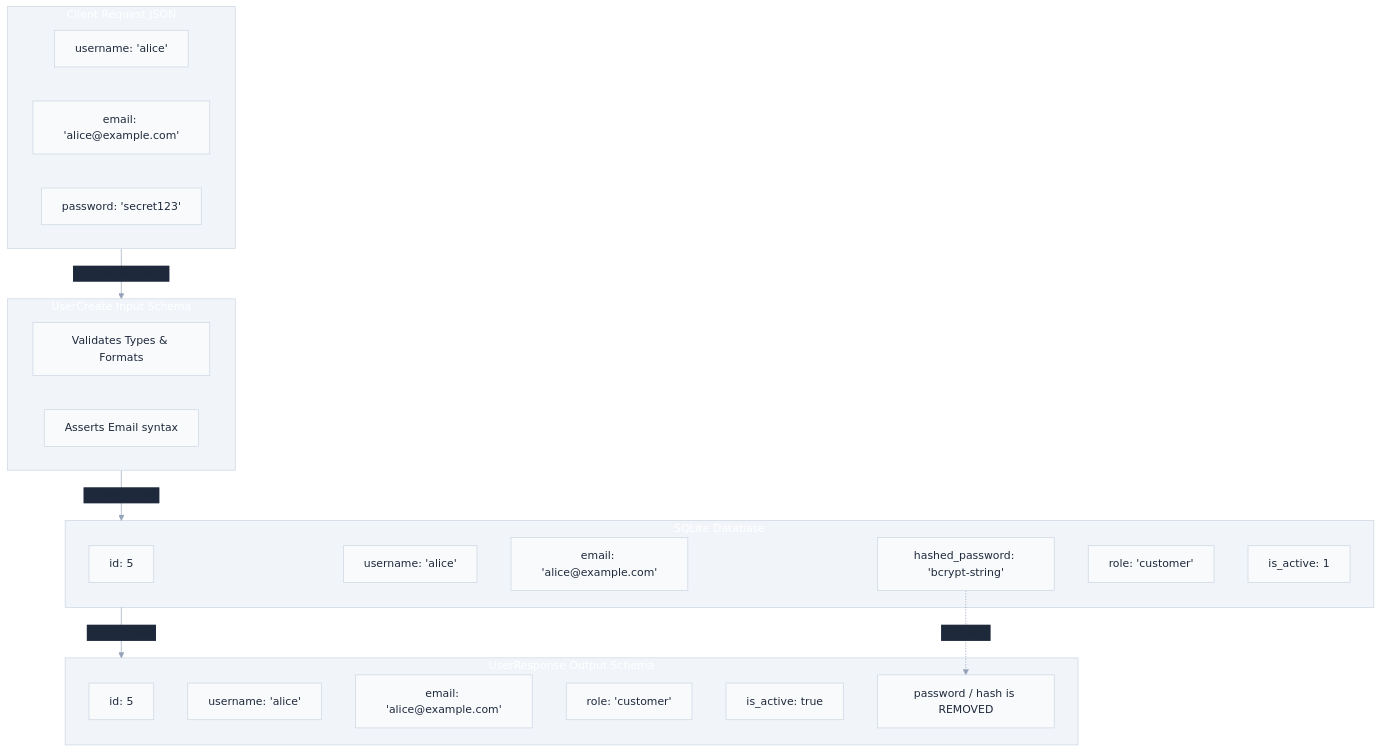
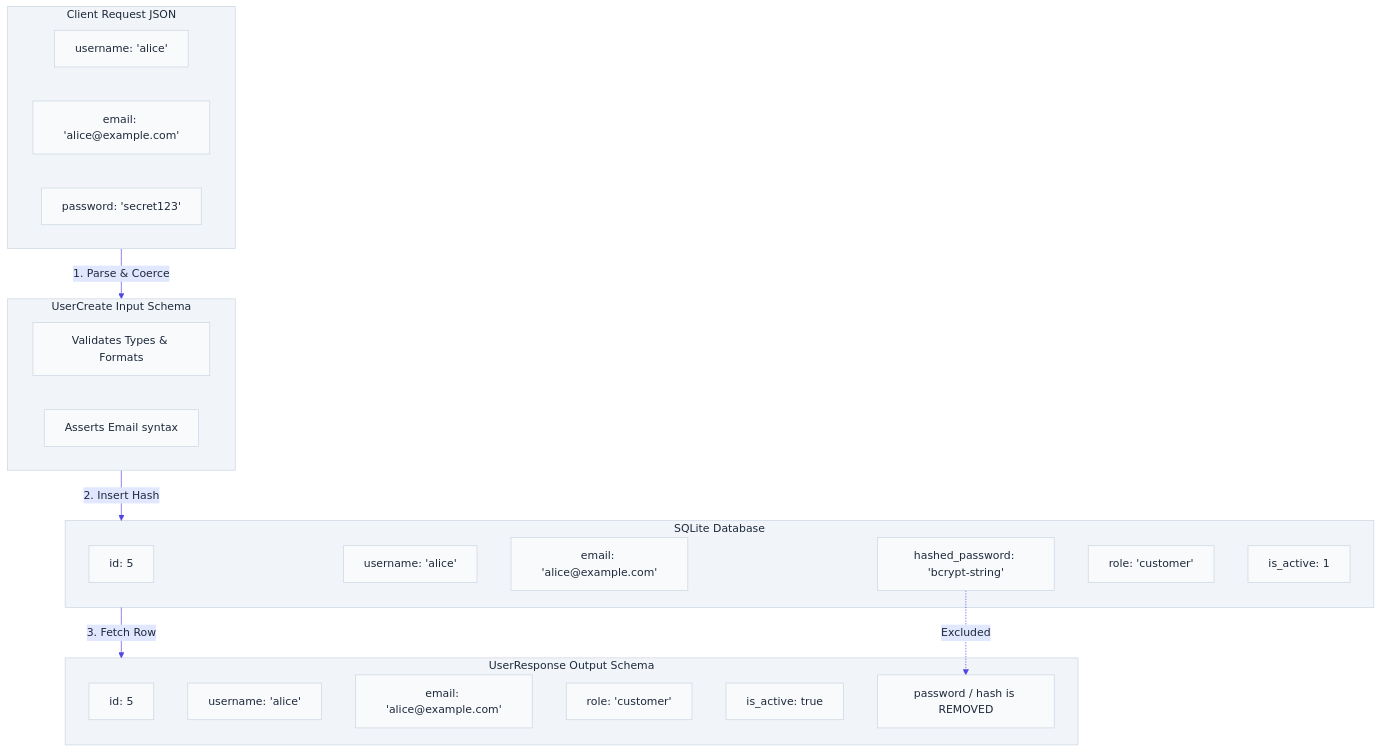
Before and after one commit to nakul-cloud/ecommerce-api: the diagram in app/schemas/README.md, drawn with Mermaid.

Commit message:
docs: add architectural documentation for schemas and update agent skills configuration

````diff
--- a/app/schemas/README.md
+++ b/app/schemas/README.md
@@ -23,37 +23,37 @@
 ```mermaid
-%%{init: {'theme': 'base', 'themeVariables': {'primaryColor': '#f8fafc', 'primaryTextColor': '#1e293b', 'primaryBorderColor': '#cbd5e1', 'lineColor': '#94a3b8', 'secondaryColor': '#10b981', 'tertiaryColor': '#f59e0b', 'background': '#ffffff', 'mainBkg': '#f8fafc', 'nodeBorder': '#cbd5e1', 'nodeTextColor': '#1e293b', 'textColor': '#ffffff', 'titleColor': '#ffffff', 'edgeLabelBackground': '#1e293b', 'clusterBkg': '#f1f5f9', 'clusterBorder': '#cbd5e1', 'actorBkg': '#f8fafc', 'actorBorder': '#cbd5e1', 'actorTextColor': '#1e293b', 'signalColor': '#4f46e5', 'signalTextColor': '#ffffff', 'noteBkgColor': '#fef08a', 'noteBorderColor': '#facc15', 'noteTextColor': '#713f12'}}}%%
+%%{init: {'theme': 'base', 'themeVariables': {'primaryColor': '#f8fafc', 'primaryTextColor': '#1e293b', 'primaryBorderColor': '#cbd5e1', 'lineColor': '#4f46e5', 'secondaryColor': '#10b981', 'tertiaryColor': '#f59e0b', 'background': '#ffffff', 'mainBkg': '#f8fafc', 'nodeBorder': '#cbd5e1', 'nodeTextColor': '#1e293b', 'textColor': '#1e293b', 'titleColor': '#1e293b', 'edgeLabelBackground': '#e0e7ff', 'clusterBkg': '#f1f5f9', 'clusterBorder': '#cbd5e1', 'actorBkg': '#f8fafc', 'actorBorder': '#cbd5e1', 'actorTextColor': '#1e293b', 'signalColor': '#4f46e5', 'signalTextColor': '#1e293b', 'noteBkgColor': '#fef08a', 'noteBorderColor': '#facc15', 'noteTextColor': '#713f12'}}}%%
 flowchart TD
     subgraph ClientReq [Client Request JSON]
         R1[username: 'alice']
         R2[email: 'alice@example.com']
         R3[password: 'secret123']
     end
 
     subgraph InputSchema [UserCreate Input Schema]
         V1[Validates Types & Formats]
         V2[Asserts Email syntax]
     end
 
     subgraph DBStore [SQLite Database]
         D1[id: 5]
         D2[username: 'alice']
         D3[email: 'alice@example.com']
         D4[hashed_password: 'bcrypt-string']
         D5[role: 'customer']
         D6[is_active: 1]
     end
 
     subgraph OutputSchema [UserResponse Output Schema]
         O1[id: 5]
         O2[username: 'alice']
         O3[email: 'alice@example.com']
         O4[role: 'customer']
         O5[is_active: true]
         Note1[password / hash is REMOVED]
     end
 
     ClientReq -->|1. Parse & Coerce| InputSchema
     InputSchema -->|2. Insert Hash| DBStore
     DBStore -->|3. Fetch Row| OutputSchema
     D4 -.->|Excluded| Note1
 ```
````
